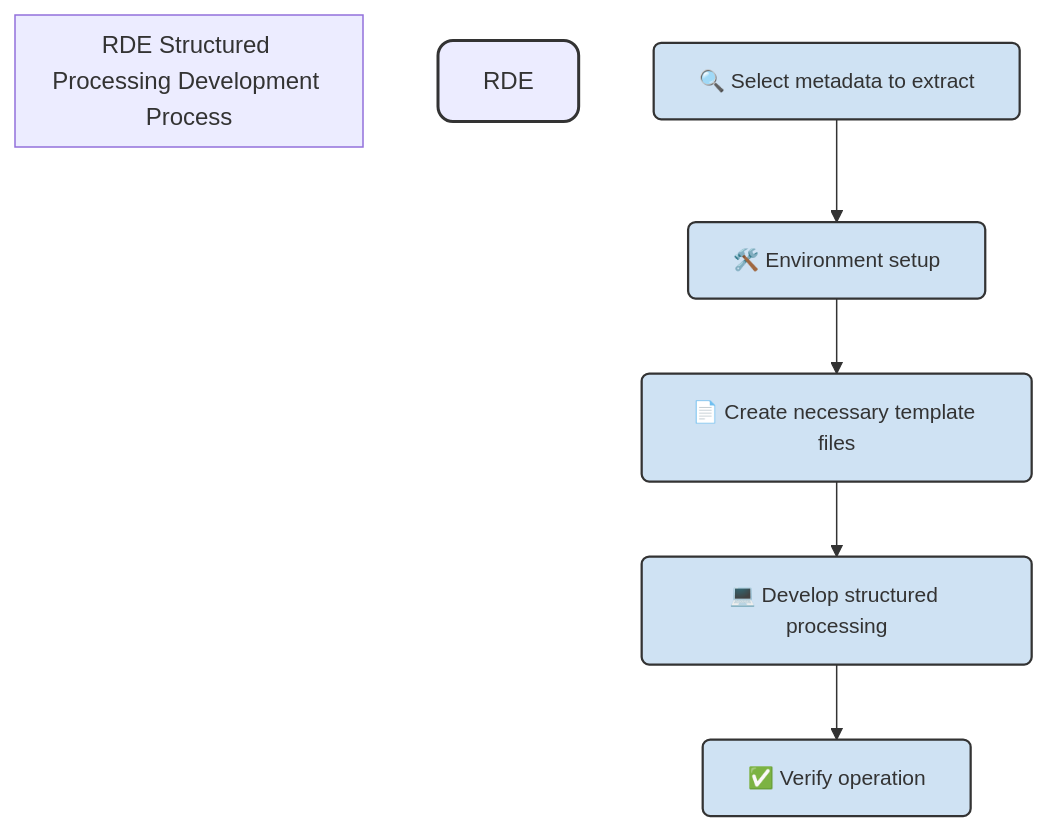
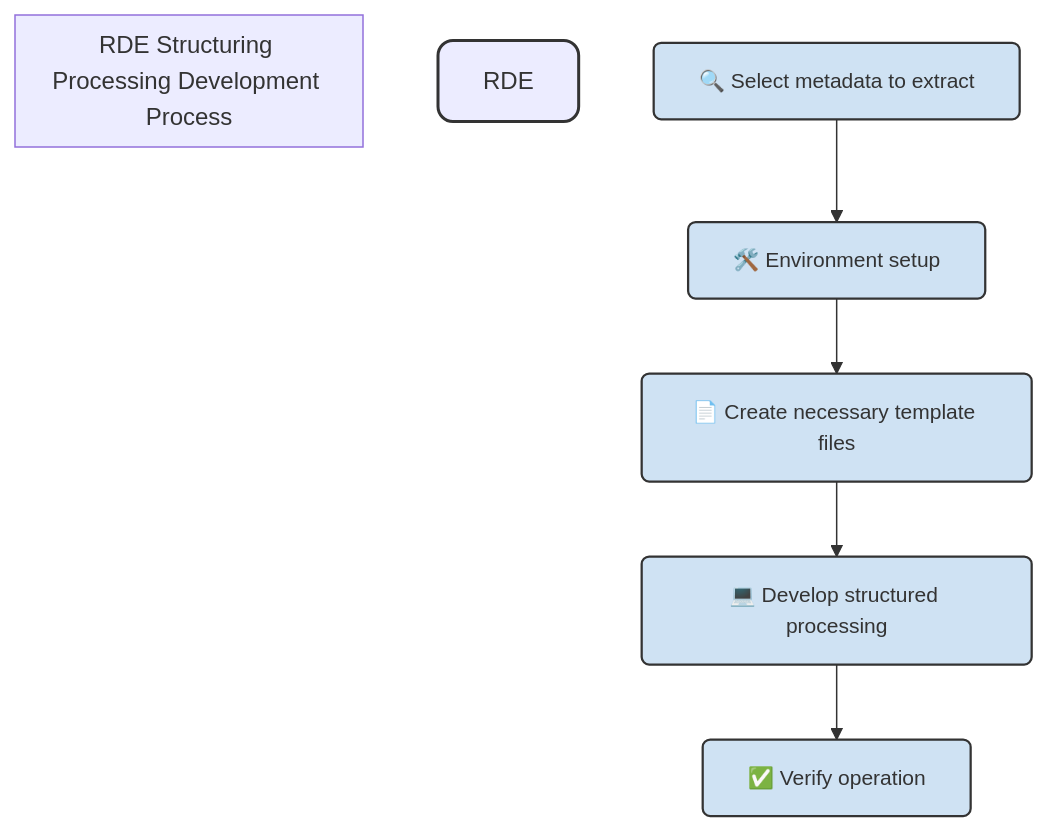
The diagram in docs/usage/structured_process/development_guide.en.md (nims-mdpf/rdetoolkit), drawn with Mermaid before and after one commit. The commit also changed other lines of this file and 40 other files, not shown here.

Commit message:
Rename "Structured Processing" to "Structuring Processing" throughout docs

````diff
--- a/docs/usage/structured_process/development_guide.en.md
+++ b/docs/usage/structured_process/development_guide.en.md
@@ -62,17 +62,17 @@
 ```mermaid
 flowchart TD
     %% Specify overall direction as vertical (Top→Bottom)
-    subgraph RDE Structured Processing Development Process
+    subgraph RDE Structuring Processing Development Process
         direction TB
-        style RDE Structured Processing Development Process fill:#f0f4f8,stroke:#333,stroke-width:2px,rx:10,ry:10
+        style RDE Structuring Processing Development Process fill:#f0f4f8,stroke:#333,stroke-width:2px,rx:10,ry:10
     end
 
     %% Common style definition for nodes
     classDef step fill:#cfe2f3,stroke:#333,stroke-width:1.5px,rx:5,ry:5,font-size:14px;
 
     %% Each step
     A[🔍 Select metadata to extract]:::step --> B[🛠️ Environment setup]:::step
     B --> C[📄 Create necessary template files]:::step
     C --> D[💻 Develop structured processing]:::step
     D --> E[✅ Verify operation]:::step
 ```
````
